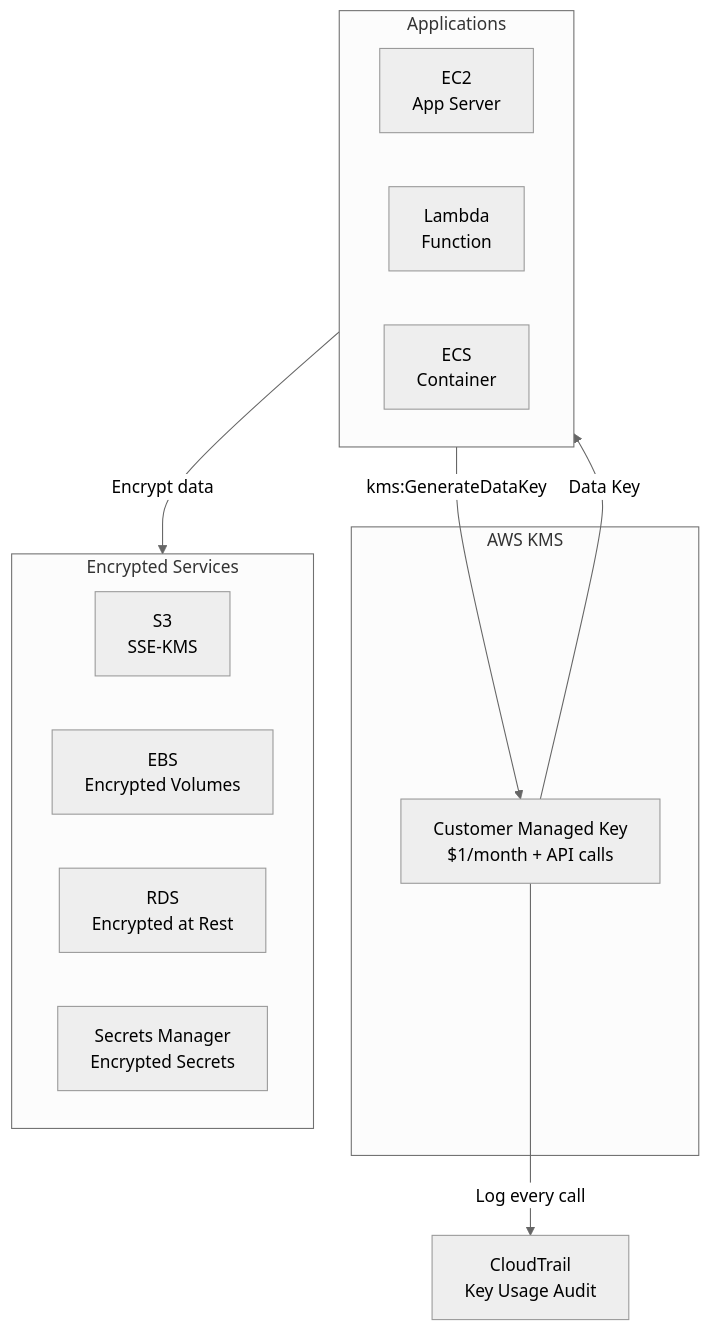
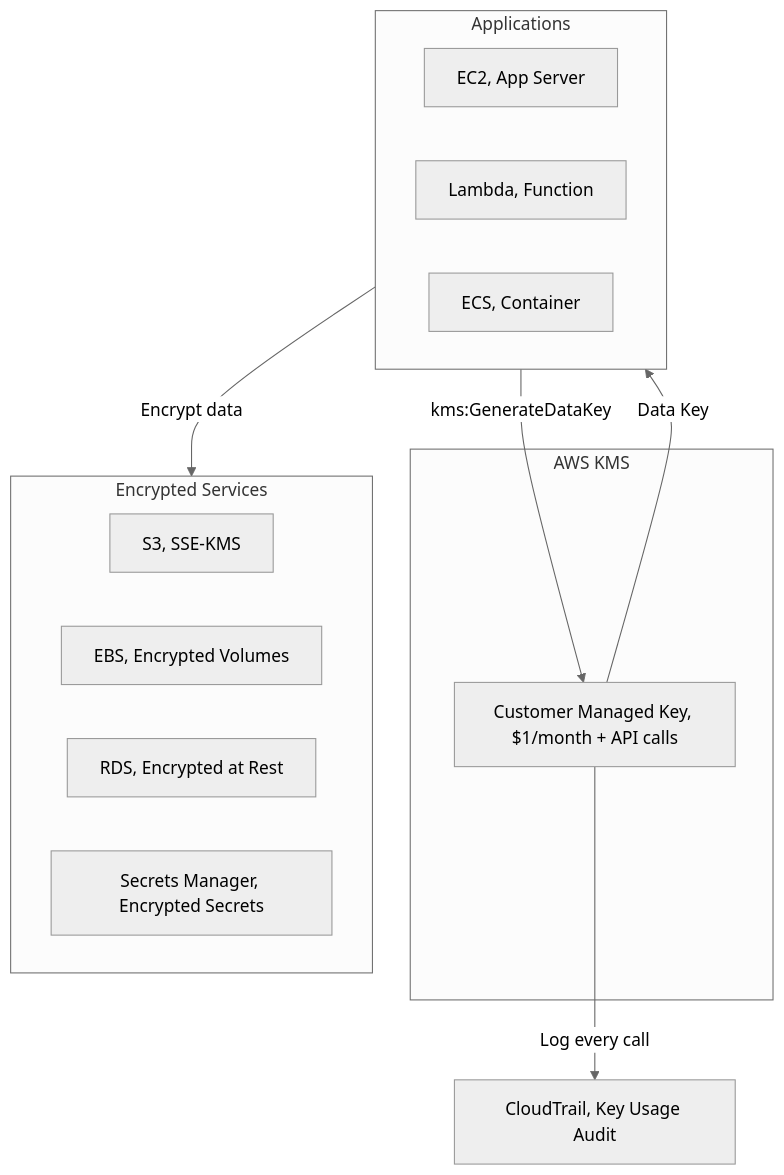
Before and after one commit to DeeptiShuklaProject/Uday_AWS: the diagram in Chapter_22_AWS_KMS.md, drawn with Mermaid (neutral theme). The commit also changed 34 other files, not shown here.

Commit message:
Fix mermaid diagrams syntax across all chapters (quote labels and remove HTML)

````diff
--- a/Chapter_22_AWS_KMS.md
+++ b/Chapter_22_AWS_KMS.md
@@ -207,26 +207,26 @@
 ```mermaid
 flowchart TD
     subgraph Apps["Applications"]
-        EC2[EC2<br>App Server]
-        Lambda[Lambda<br>Function]
-        ECS[ECS<br>Container]
+        EC2["EC2, App Server"]
+        Lambda["Lambda, Function"]
+        ECS["ECS, Container"]
     end
     
     subgraph KMS_Service["AWS KMS"]
-        CMK[Customer Managed Key<br>$1/month + API calls]
+        CMK["Customer Managed Key, $1/month + API calls"]
     end
     
     subgraph Encrypted["Encrypted Services"]
-        S3[S3<br>SSE-KMS]
-        EBS[EBS<br>Encrypted Volumes]
-        RDS[RDS<br>Encrypted at Rest]
-        SM[Secrets Manager<br>Encrypted Secrets]
+        S3["S3, SSE-KMS"]
+        EBS["EBS, Encrypted Volumes"]
+        RDS["RDS, Encrypted at Rest"]
+        SM["Secrets Manager, Encrypted Secrets"]
     end
     
     Apps -->|kms:GenerateDataKey| CMK
     CMK -->|Data Key| Apps
     Apps -->|Encrypt data| Encrypted
     
-    CloudTrail[CloudTrail<br>Key Usage Audit]
+    CloudTrail["CloudTrail, Key Usage Audit"]
     CMK -->|Log every call| CloudTrail
 ```
````
